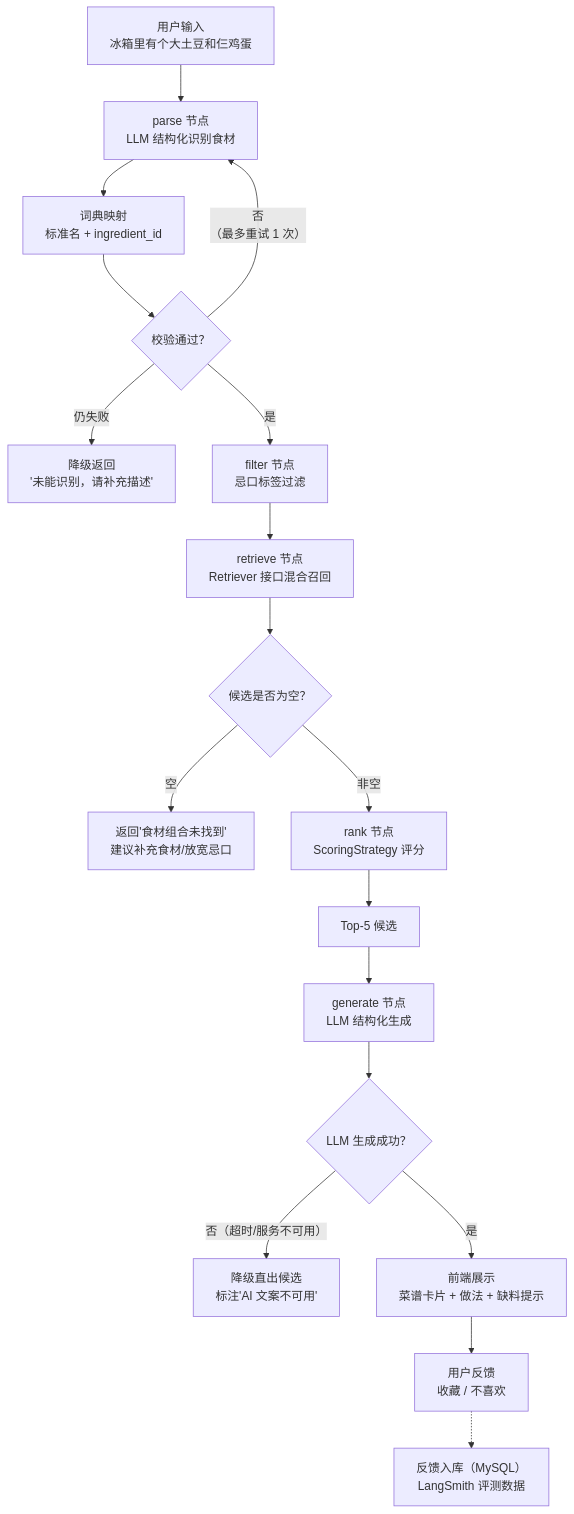
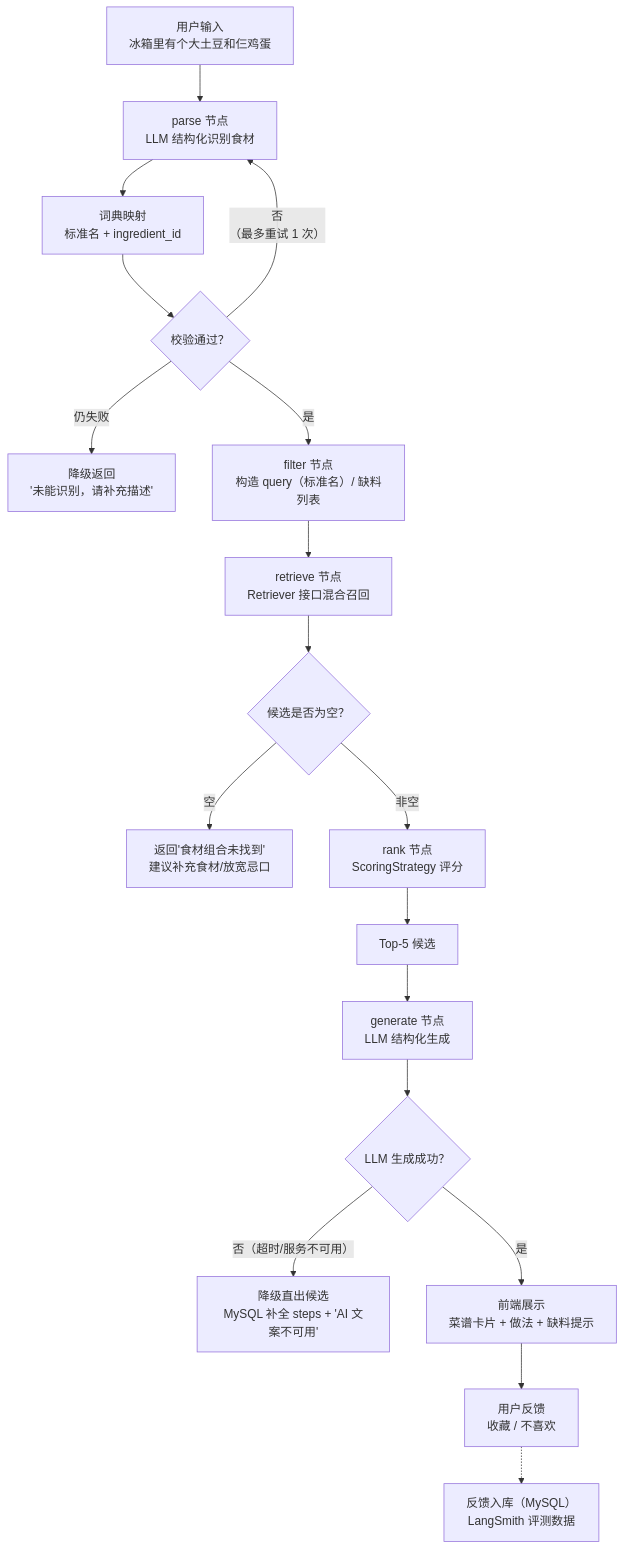
Before and after one commit to sjsj755/ai-cooker: the second of 3 diagrams in docs/PLAN.md, drawn with Mermaid. The commit also changed other lines of this file and 26 other files, not shown here.

````diff
--- a/docs/PLAN.md
+++ b/docs/PLAN.md
@@ -98,20 +98,20 @@
 ```mermaid
 flowchart TD
     A["用户输入<br/>冰箱里有个大土豆和仨鸡蛋"] --> B["parse 节点<br/>LLM 结构化识别食材"]
     B --> C["词典映射<br/>标准名 + ingredient_id"]
     C --> D{"校验通过？"}
     D -- "否<br/>（最多重试 1 次）" --> B
     D -- "仍失败" --> Z["降级返回<br/>'未能识别，请补充描述'"]
-    D -- "是" --> E["filter 节点<br/>忌口标签过滤"]
+    D -- "是" --> E["filter 节点<br/>构造 query（标准名）/ 缺料列表"]
     E --> F["retrieve 节点<br/>Retriever 接口混合召回"]
     F --> G{"候选是否为空？"}
     G -- "空" --> Y["返回'食材组合未找到'<br/>建议补充食材/放宽忌口"]
     G -- "非空" --> H["rank 节点<br/>ScoringStrategy 评分"]
     H --> I["Top-5 候选"]
     I --> J["generate 节点<br/>LLM 结构化生成"]
     J --> K{"LLM 生成成功？"}
-    K -- "否（超时/服务不可用）" --> X["降级直出候选<br/>标注'AI 文案不可用'"]
+    K -- "否（超时/服务不可用）" --> X["降级直出候选<br/>MySQL 补全 steps + 'AI 文案不可用'"]
     K -- "是" --> W["前端展示<br/>菜谱卡片 + 做法 + 缺料提示"]
     W --> M["用户反馈<br/>收藏 / 不喜欢"]
     M -.-> N["反馈入库（MySQL）<br/>LangSmith 评测数据"]
 ```
````
